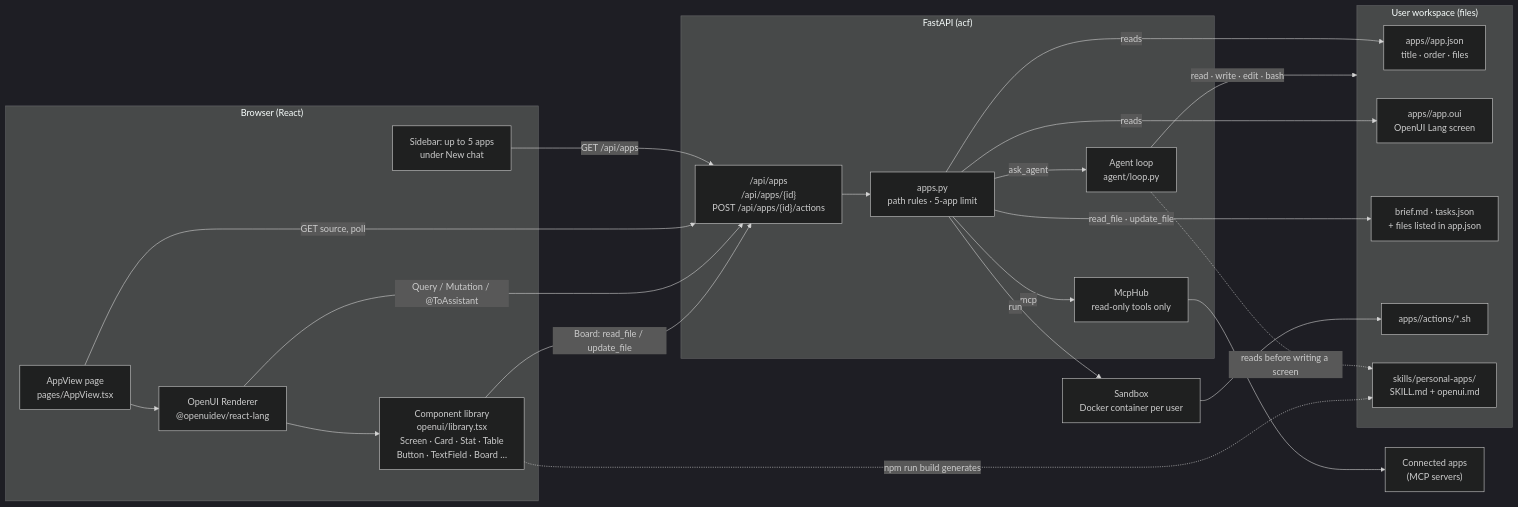
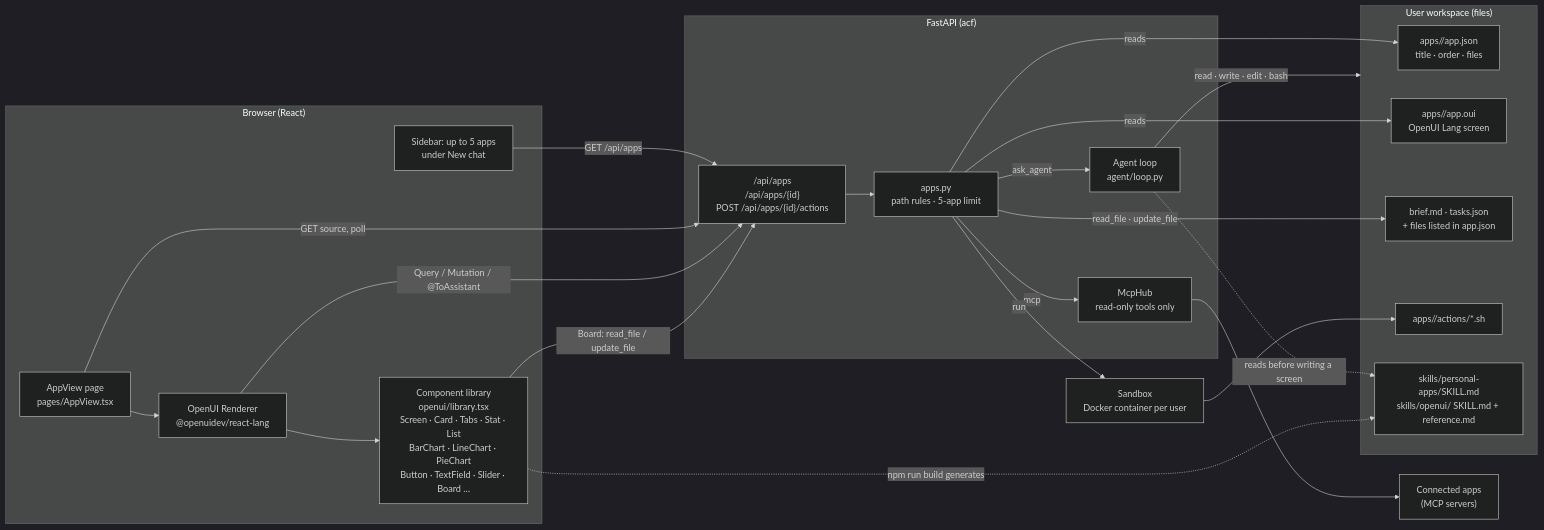
The first of 3 diagrams in docs/personal-apps.md (alfredfrancis/ai-chatbot-framework), drawn with Mermaid (dark theme) before and after one commit. The commit also changed other lines of this file and 28 other files, not shown here.

First line of the commit message:
Split OpenUI into its own skill, add charts/tabs/inputs, render openui views in chat

````diff
--- a/docs/personal-apps.md
+++ b/docs/personal-apps.md
@@ -11,45 +11,45 @@
 ```mermaid
 flowchart LR
   subgraph Browser["Browser (React)"]
     Sidebar["Sidebar: up to 5 apps<br/>under New chat"]
     AppView["AppView page<br/>pages/AppView.tsx"]
     Renderer["OpenUI Renderer<br/>@openuidev/react-lang"]
-    Library["Component library<br/>openui/library.tsx<br/>Screen · Card · Stat · Table<br/>Button · TextField · Board …"]
+    Library["Component library<br/>openui/library.tsx<br/>Screen · Card · Tabs · Stat · List<br/>BarChart · LineChart · PieChart<br/>Button · TextField · Slider · Board …"]
     AppView --> Renderer --> Library
   end
 
   subgraph API["FastAPI (acf)"]
     Routes["/api/apps<br/>/api/apps/{id}<br/>POST /api/apps/{id}/actions"]
     Apps["apps.py<br/>path rules · 5-app limit"]
     Loop["Agent loop<br/>agent/loop.py"]
     Hub["McpHub<br/>read-only tools only"]
     Routes --> Apps
     Apps -->|ask_agent| Loop
     Apps -->|mcp| Hub
   end
 
   subgraph WS["User workspace (files)"]
     Meta["apps/<id>/app.json<br/>title · order · files"]
     Screen["apps/<id>/app.oui<br/>OpenUI Lang screen"]
     Data["brief.md · tasks.json<br/>+ files listed in app.json"]
     Scripts["apps/<id>/actions/*.sh"]
-    Skill["skills/personal-apps/<br/>SKILL.md + openui.md"]
+    Skill["skills/personal-apps/SKILL.md<br/>skills/openui/ SKILL.md + reference.md"]
   end
 
   Sandbox["Sandbox<br/>Docker container per user"]
   MCP["Connected apps<br/>(MCP servers)"]
 
   Sidebar -->|GET /api/apps| Routes
   AppView -->|GET source, poll| Routes
   Renderer -->|"Query / Mutation / @ToAssistant"| Routes
   Library -->|"Board: read_file / update_file"| Routes
   Apps -->|read_file · update_file| Data
   Apps -->|reads| Meta
   Apps -->|reads| Screen
   Apps -->|run| Sandbox
   Sandbox --> Scripts
   Hub --> MCP
   Loop -->|"read · write · edit · bash"| WS
   Loop -.->|"reads before writing a screen"| Skill
   Library -.->|"npm run build generates"| Skill
 ```
````
